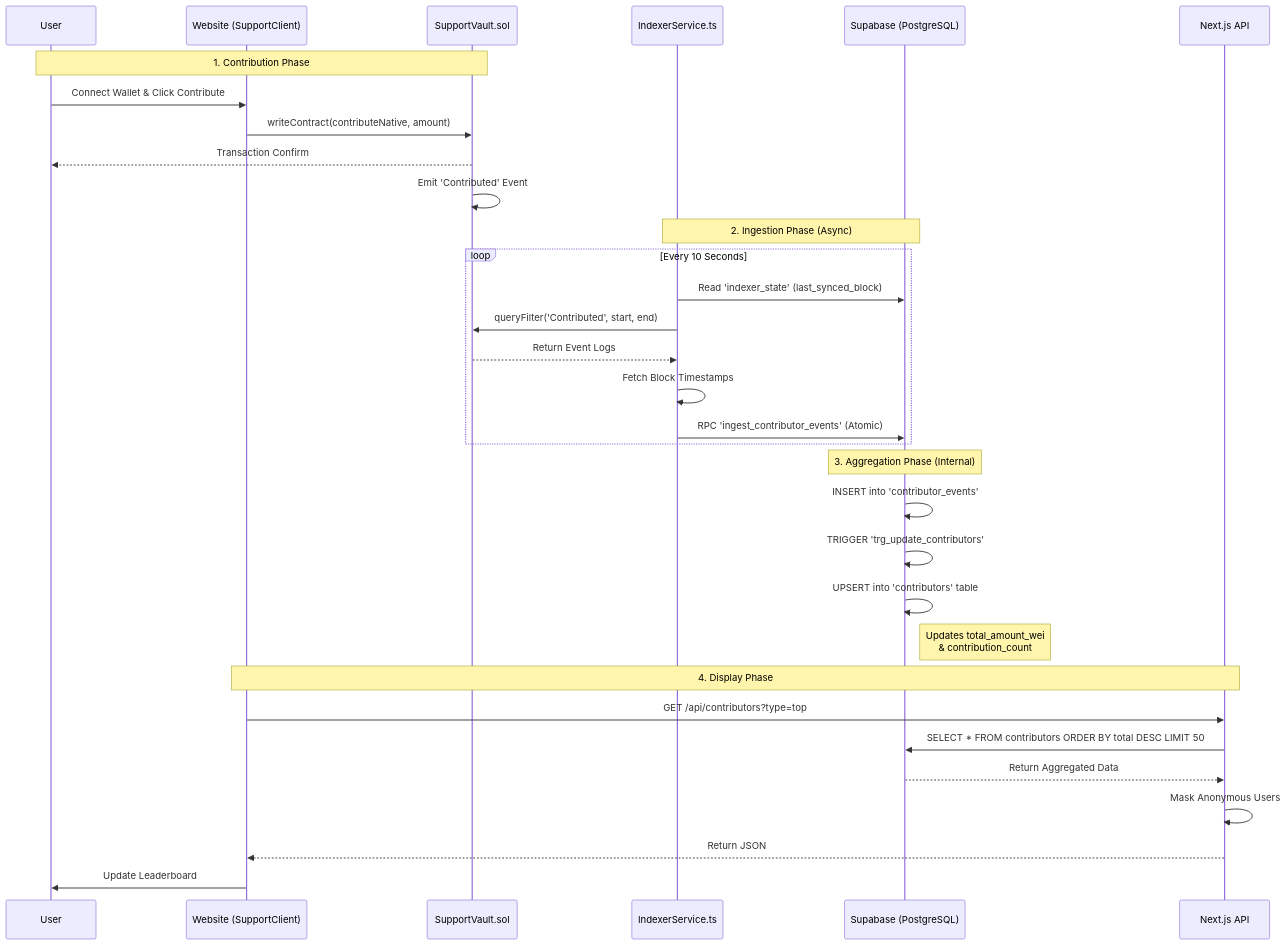
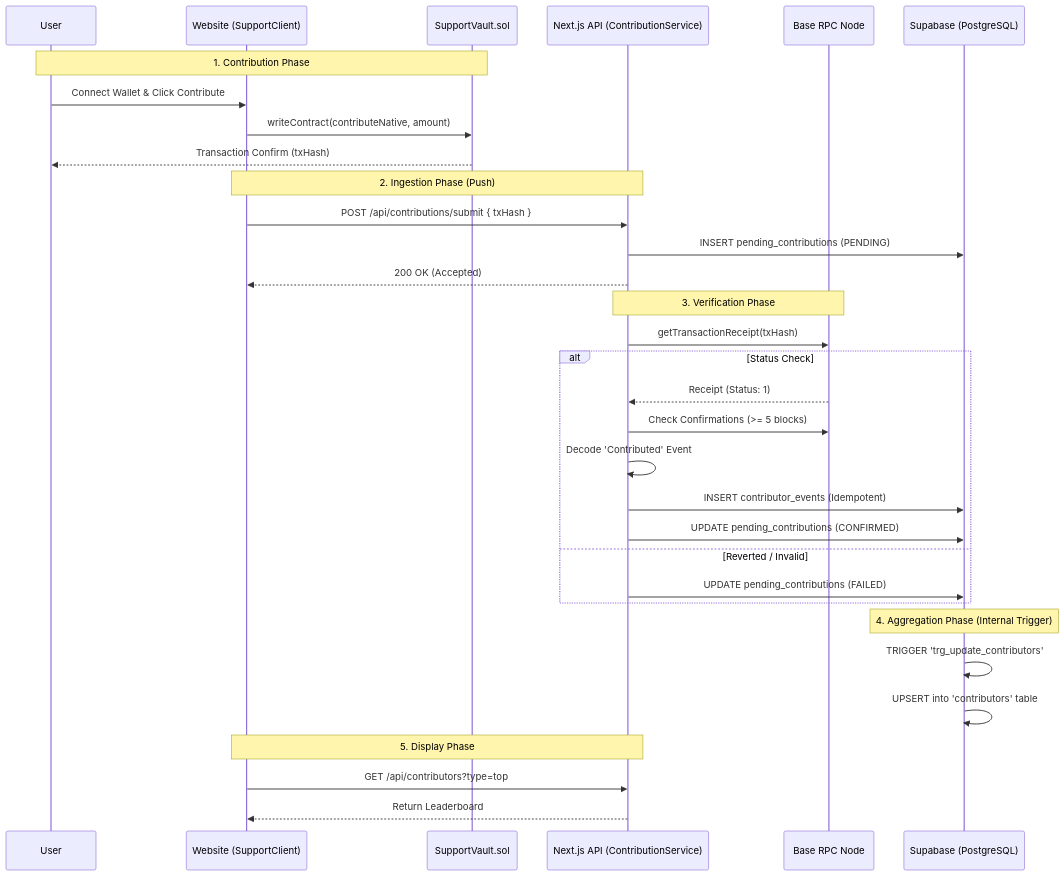
One commit to loftyabhi/txproof changed the diagram in docs/CONTRIBUTION_SYSTEM.md. Above: the diagram before and after it, drawn with Mermaid. The commit also changed other lines of this file and 14 other files, not shown here.

````diff
--- a/docs/CONTRIBUTION_SYSTEM.md
+++ b/docs/CONTRIBUTION_SYSTEM.md
@@ -7,42 +12,45 @@
 ```mermaid
 sequenceDiagram
     participant User
     participant Frontend as Website (SupportClient)
     participant Contract as SupportVault.sol
-    participant Indexer as IndexerService.ts
+    participant API as Next.js API (ContributionService)
+    participant RPC as Base RPC Node
     participant DB as Supabase (PostgreSQL)
-    participant API as Next.js API
 
     %% Contribution Flow
     Note over User, Contract: 1. Contribution Phase
     User->>Frontend: Connect Wallet & Click Contribute
     Frontend->>Contract: writeContract(contributeNative, amount)
-    Contract-->>User: Transaction Confirm
-    Contract->>Contract: Emit 'Contributed' Event
+    Contract-->>User: Transaction Confirm (txHash)
+    
+    %% Real-time Push
+    Note over Frontend, API: 2. Ingestion Phase (Push)
+    Frontend->>API: POST /api/contributions/submit { txHash }
+    API->>DB: INSERT pending_contributions (PENDING)
+    API-->>Frontend: 200 OK (Accepted)
 
-    %% Indexing Flow
-    Note over Indexer, DB: 2. Ingestion Phase (Async)
-    loop Every 10 Seconds
-        Indexer->>DB: Read 'indexer_state' (last_synced_block)
-        Indexer->>Contract: queryFilter('Contributed', start, end)
-        Contract-->>Indexer: Return Event Logs
-        Indexer->>Indexer: Fetch Block Timestamps
-        Indexer->>DB: RPC 'ingest_contributor_events' (Atomic)
+    %% Verification (Async)
+    Note over API, RPC: 3. Verification Phase
+    API->>RPC: getTransactionReceipt(txHash)
+    
+    alt Status Check
+        RPC-->>API: Receipt (Status: 1)
+        API->>RPC: Check Confirmations (>= 5 blocks)
+        API->>API: Decode 'Contributed' Event
+        API->>DB: INSERT contributor_events (Idempotent)
+        API->>DB: UPDATE pending_contributions (CONFIRMED)
+    else Reverted / Invalid
+        API->>DB: UPDATE pending_contributions (FAILED)
     end
 
     %% Aggregation Flow
-    Note over DB: 3. Aggregation Phase (Internal)
-    DB->>DB: INSERT into 'contributor_events'
+    Note over DB: 4. Aggregation Phase (Internal Trigger)
     DB->>DB: TRIGGER 'trg_update_contributors'
     DB->>DB: UPSERT into 'contributors' table
-    Note right of DB: Updates total_amount_wei<br/>& contribution_count
 
     %% Display Flow
-    Note over Frontend, API: 4. Display Phase
+    Note over Frontend, API: 5. Display Phase
     Frontend->>API: GET /api/contributors?type=top
-    API->>DB: SELECT * FROM contributors ORDER BY total DESC LIMIT 50
-    DB-->>API: Return Aggregated Data
-    API->>API: Mask Anonymous Users
-    API-->>Frontend: Return JSON
-    Frontend->>User: Update Leaderboard
+    API-->>Frontend: Return Leaderboard
 ```
````
